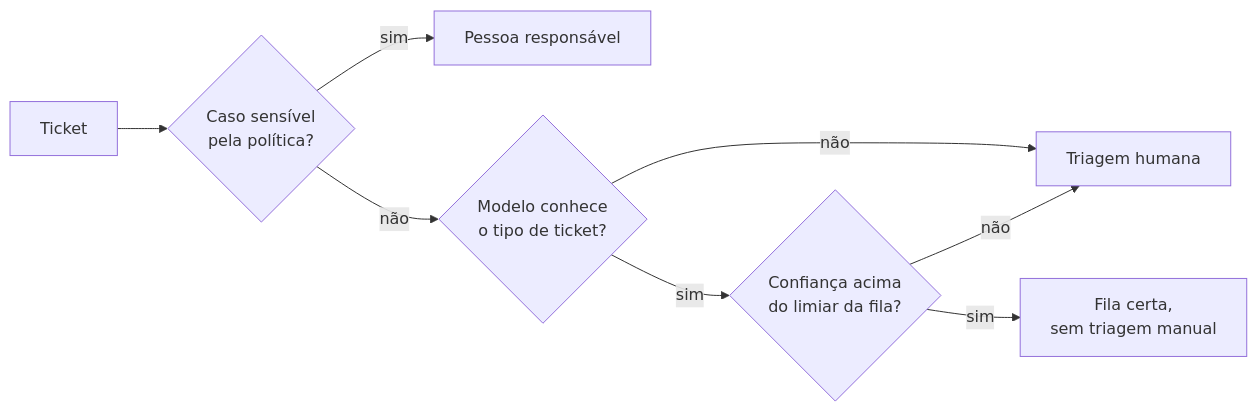
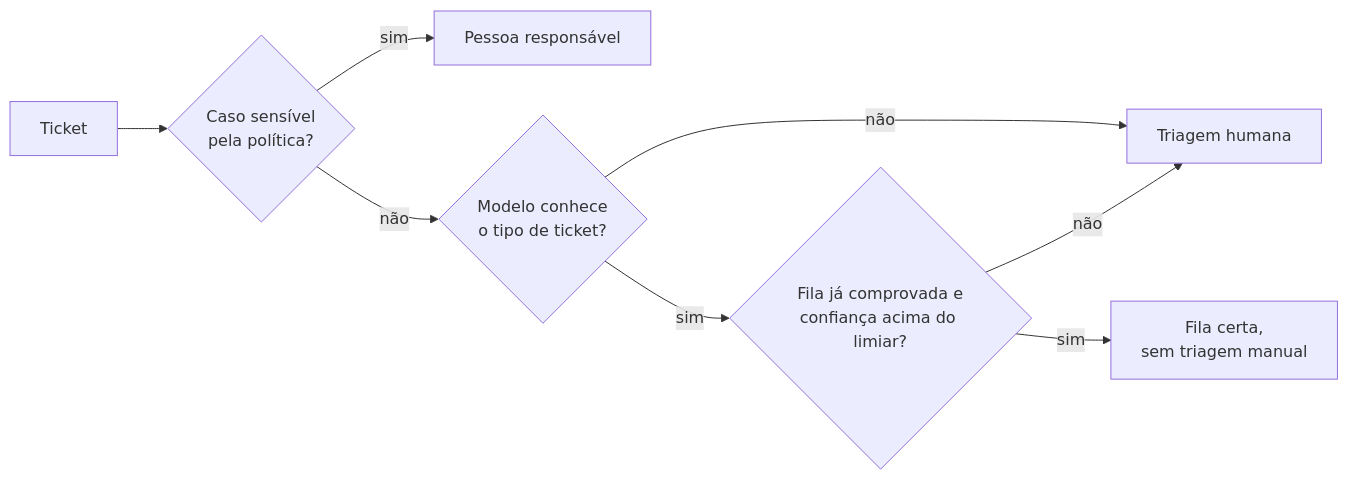
The diagram in submissions/diogo-carrico/docs/sumario-executivo.md (codessentia/ai-master-challenge), drawn with Mermaid before and after one commit. The commit also changed other lines of this file and 17 other files, not shown here.

````diff
--- a/submissions/diogo-carrico/docs/sumario-executivo.md
+++ b/submissions/diogo-carrico/docs/sumario-executivo.md
@@ -21,10 +21,10 @@
 ```mermaid
 flowchart LR
     A["Ticket"] --> B{"Caso sensível<br/>pela política?"}
     B -- sim --> P["Pessoa responsável"]
     B -- não --> C{"Modelo conhece<br/>o tipo de ticket?"}
     C -- não --> H["Triagem humana"]
-    C -- sim --> D{"Confiança acima<br/>do limiar da fila?"}
+    C -- sim --> D{"Fila já comprovada e<br/>confiança acima do limiar?"}
     D -- não --> H
     D -- sim --> F["Fila certa,<br/>sem triagem manual"]
 ```
````
